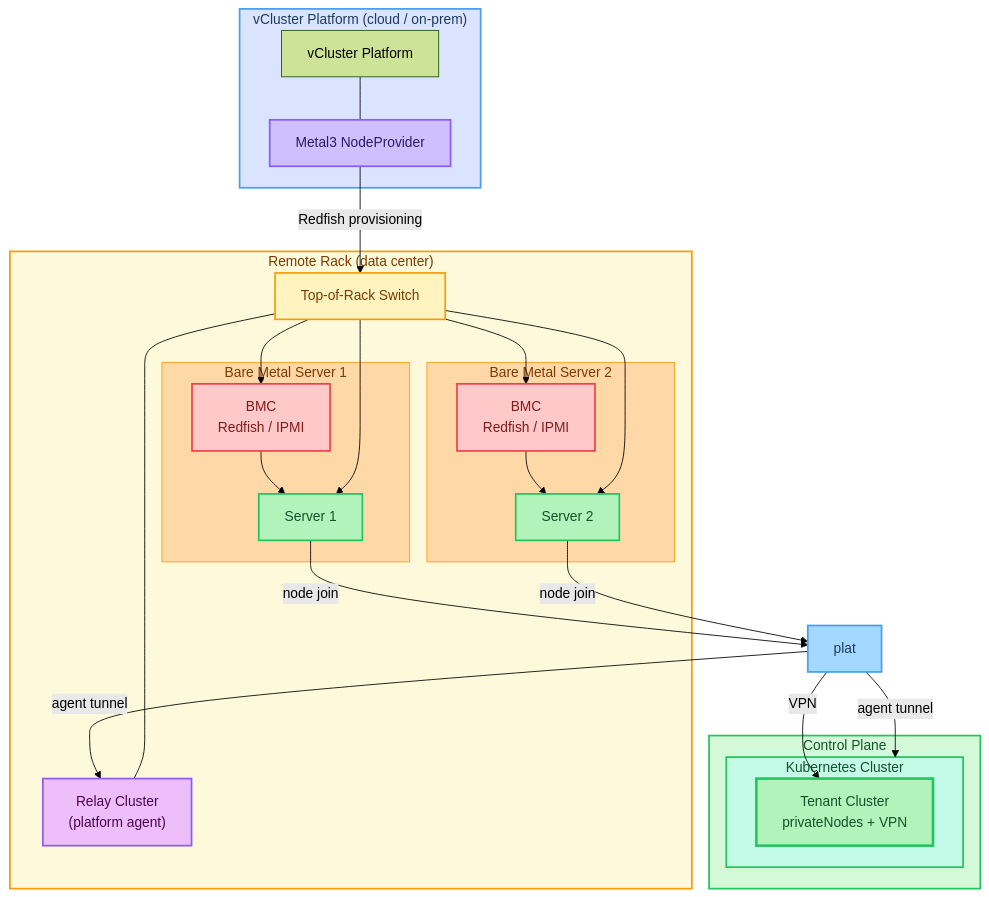
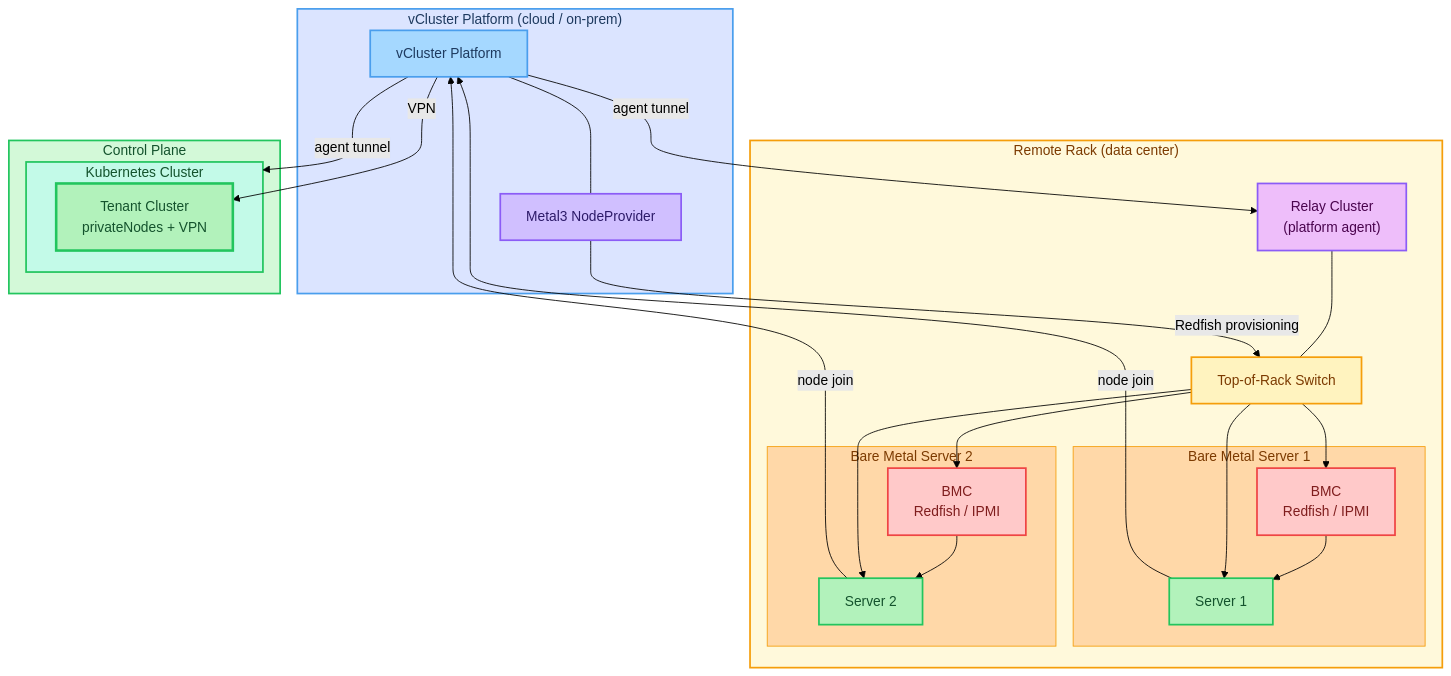
The first of 2 diagrams in README.md (rmweir/vmetal-vpn-demo), drawn with Mermaid (forest theme) before and after one commit. The commit also changed other lines of this file, not shown here.

Commit message:
Add diagrams

````diff
--- a/README.md
+++ b/README.md
@@ -9,61 +9,61 @@
 ```mermaid
 flowchart TD
     subgraph cloud["vCluster Platform (cloud / on-prem)"]
-        platform["vCluster Platform"]
+        plat["vCluster Platform"]
         metal3["Metal3 NodeProvider"]
-        platform --- metal3
+        plat --- metal3
     end
 
     subgraph rack["Remote Rack (data center)"]
         relay["Relay Cluster\n(platform agent)"]
         tor["Top-of-Rack Switch"]
         relay --- tor
         subgraph bm1_box["Bare Metal Server 1"]
             bmc1["BMC\nRedfish / IPMI"]
             server1["Server 1"]
             bmc1 --> server1
         end
         subgraph bm2_box["Bare Metal Server 2"]
             bmc2["BMC\nRedfish / IPMI"]
             server2["Server 2"]
             bmc2 --> server2
         end
         tor --> bmc1 & bmc2
         tor --> server1 & server2
     end
 
     subgraph cp["Control Plane"]
         subgraph k8s["Kubernetes Cluster"]
             vci["Tenant Cluster\nprivateNodes + VPN"]
         end
     end
 
     plat -->|agent tunnel| relay
     plat -->|agent tunnel| k8s
     metal3 -->|Redfish provisioning| tor
     server1 & server2 -->|node join| plat
     plat -->|VPN| vci
 
     classDef platNode fill:#a5d8ff,stroke:#4a9eed,stroke-width:2px,color:#1e3a5f
     classDef provider fill:#d0bfff,stroke:#8b5cf6,stroke-width:2px,color:#2d1b69
     classDef relayNode fill:#eebefa,stroke:#8b5cf6,stroke-width:2px,color:#4a044e
     classDef torNode fill:#fff3bf,stroke:#f59e0b,stroke-width:2px,color:#7c3a00
     classDef bmc fill:#ffc9c9,stroke:#ef4444,stroke-width:2px,color:#7f1d1d
     classDef bm fill:#b2f2bb,stroke:#22c55e,stroke-width:2px,color:#14532d
     classDef vciNode fill:#b2f2bb,stroke:#22c55e,stroke-width:3px,color:#14532d
 
     class plat platNode
     class metal3 provider
     class relay relayNode
     class tor torNode
     class bmc1,bmc2 bmc
     class server1,server2 bm
     class vci vciNode
 
     style cloud fill:#dbe4ff,stroke:#4a9eed,stroke-width:2px,color:#1e3a5f
     style rack fill:#fff9db,stroke:#f59e0b,stroke-width:2px,color:#7c3a00
     style bm1_box fill:#ffd8a8,stroke:#f59e0b,stroke-width:1px,color:#7c3a00
     style bm2_box fill:#ffd8a8,stroke:#f59e0b,stroke-width:1px,color:#7c3a00
     style cp fill:#d3f9d8,stroke:#22c55e,stroke-width:2px,color:#14532d
     style k8s fill:#c3fae8,stroke:#22c55e,stroke-width:2px,color:#14532d
 ```
````
